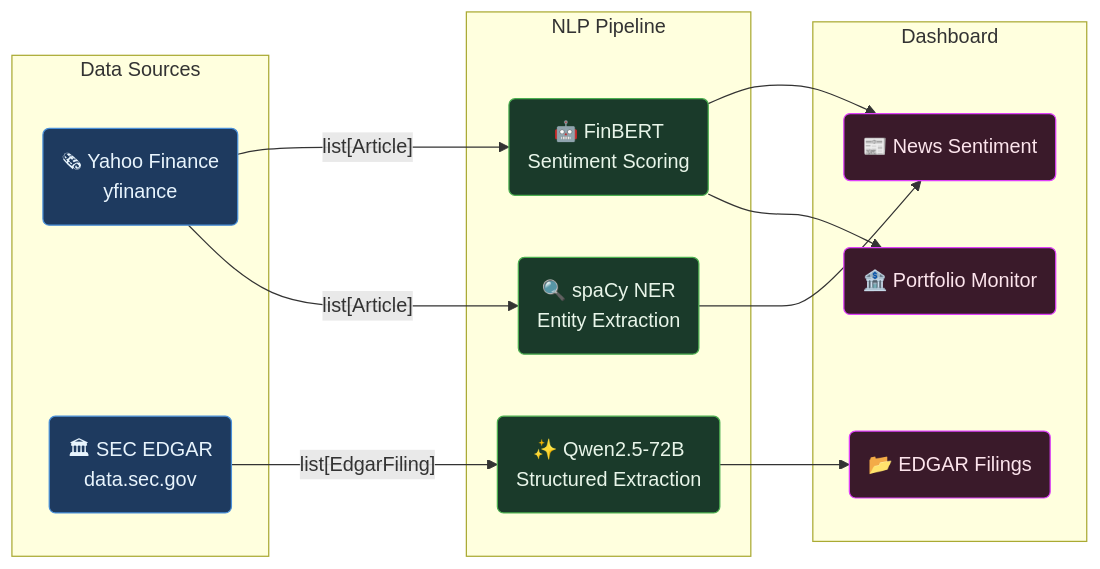
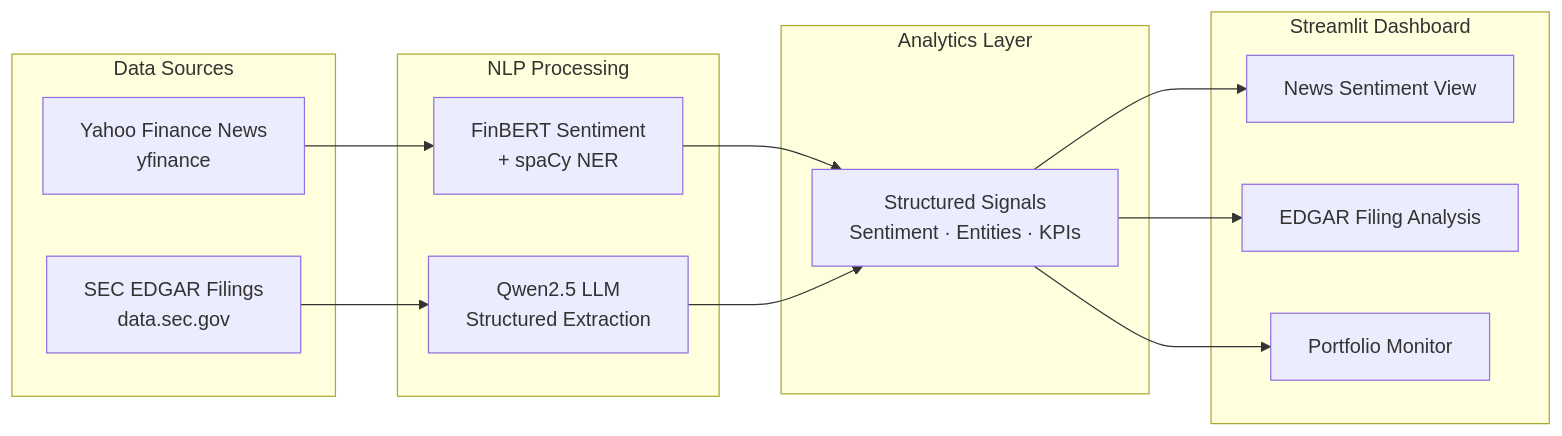
The diagram in README.md (hades2905/fintext-signal-dashboard), drawn with Mermaid before and after one commit.

Commit message:
docs: use exact architecture diagram as specified

````diff
--- a/README.md
+++ b/README.md
@@ -28,31 +28,33 @@
 ```mermaid
 flowchart LR
-    classDef source fill:#1e3a5f,stroke:#4a90d9,color:#e8f4fd
-    classDef model  fill:#1a3a2a,stroke:#4caf50,color:#e8f5e9
-    classDef ui     fill:#3a1a2a,stroke:#e040fb,color:#fce4ec
 
-    subgraph SRC["  Data Sources  "]
-        A("🗞 Yahoo Finance<br/>yfinance"):::source
-        B("🏛 SEC EDGAR<br/>data.sec.gov"):::source
+    subgraph DATA["Data Sources"]
+        A[Yahoo Finance News<br/>yfinance]
+        B[SEC EDGAR Filings<br/>data.sec.gov]
     end
 
-    subgraph NLP["  NLP Pipeline  "]
-        C("🤖 FinBERT<br/>Sentiment Scoring"):::model
-        D("🔍 spaCy NER<br/>Entity Extraction"):::model
-        E("✨ Qwen2.5-72B<br/>Structured Extraction"):::model
+    subgraph NLP["NLP Processing"]
+        C[FinBERT Sentiment<br/>+ spaCy NER]
+        D[Qwen2.5 LLM<br/>Structured Extraction]
     end
 
-    subgraph UI["  Dashboard  "]
-        F("📰 News Sentiment"):::ui
-        G("📂 EDGAR Filings"):::ui
-        H("🏦 Portfolio Monitor"):::ui
+    subgraph OUTPUT["Analytics Layer"]
+        E[Structured Signals<br/>Sentiment · Entities · KPIs]
     end
 
-    A -->|"list[Article]"| C
-    A -->|"list[Article]"| D
-    B -->|"list[EdgarFiling]"| E
-    C --> F
-    C --> H
-    D --> F
+    subgraph UI["Streamlit Dashboard"]
+        F[News Sentiment View]
+        G[EDGAR Filing Analysis]
+        H[Portfolio Monitor]
+    end
+
+    A --> C
+    B --> D
+
+    C --> E
+    D --> E
+
+    E --> F
     E --> G
+    E --> H
 ```
````
